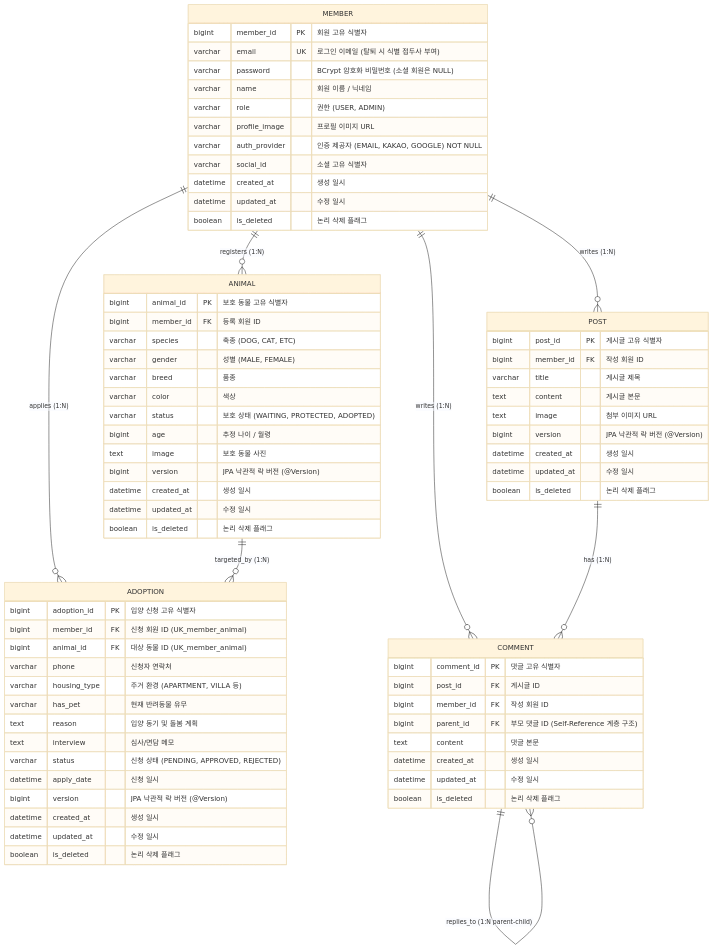
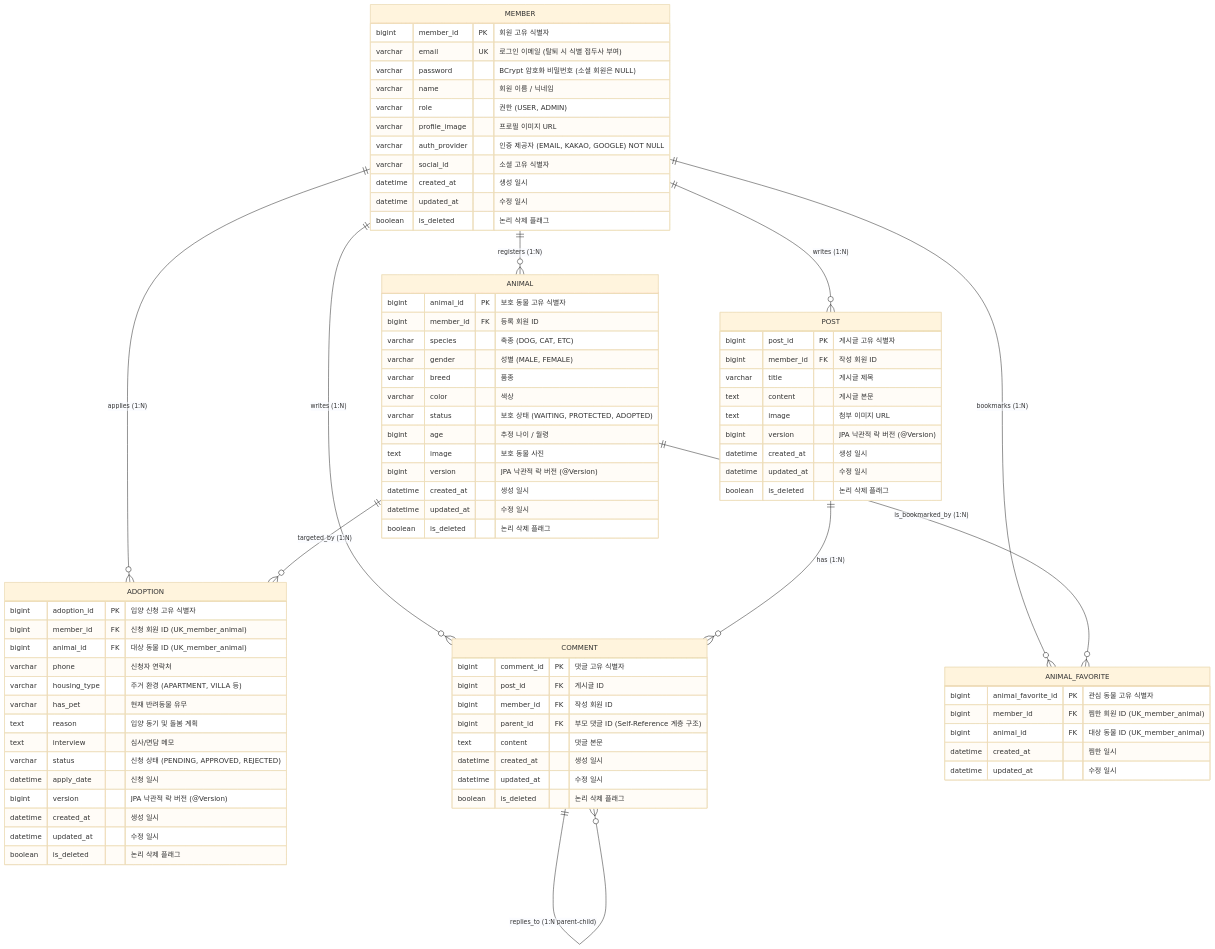
One commit to cookiboii/paw-mate-frontend changed the fourth of 4 diagrams in api.md. Above: the diagram before and after it, drawn with Mermaid (base theme). The commit also changed other lines of this file and 7 other files, not shown here.

```diff
--- a/api.md
+++ b/api.md
@@ -412,9 +418,19 @@
     MEMBER ||--o{ POST : "writes (1:N)"
     MEMBER ||--o{ ADOPTION : "applies (1:N)"
     MEMBER ||--o{ COMMENT : "writes (1:N)"
+    MEMBER ||--o{ ANIMAL_FAVORITE : "bookmarks (1:N)"
     ANIMAL ||--o{ ADOPTION : "targeted_by (1:N)"
+    ANIMAL ||--o{ ANIMAL_FAVORITE : "is_bookmarked_by (1:N)"
     POST ||--o{ COMMENT : "has (1:N)"
     COMMENT ||--o{ COMMENT : "replies_to (1:N parent-child)"
+
+    ANIMAL_FAVORITE {
+        bigint animal_favorite_id PK "관심 동물 고유 식별자"
+        bigint member_id FK "찜한 회원 ID (UK_member_animal)"
+        bigint animal_id FK "대상 동물 ID (UK_member_animal)"
+        datetime created_at "찜한 일시"
+        datetime updated_at "수정 일시"
+    }
 
     MEMBER {
         bigint member_id PK "회원 고유 식별자"
```
